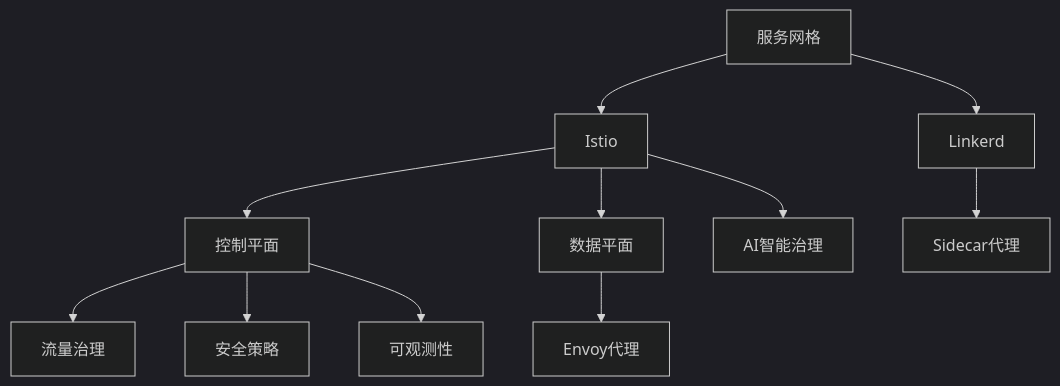
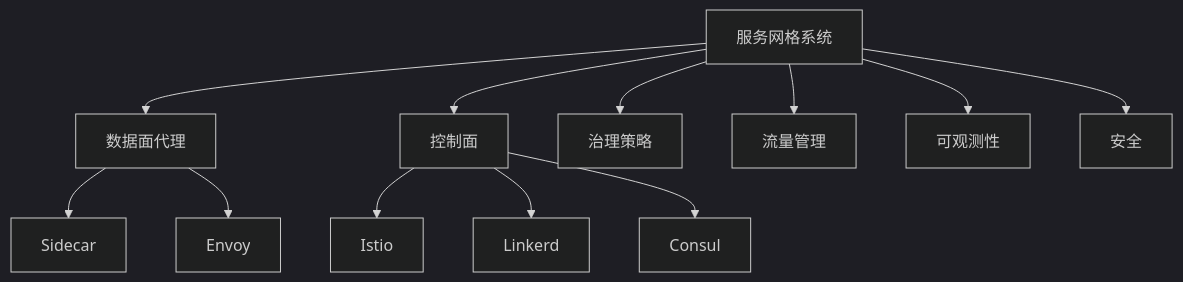
The diagram in 7.容器与微服务/7.1 知识梳理/7.1.6.2.1 服务网格与智能治理.md (AdaMartin18010/SystemOSIOT), drawn with Mermaid (dark theme) before and after one commit. The commit also changed other lines of this file and 19 other files, not shown here.

````diff
--- a/7.容器与微服务/7.1 知识梳理/7.1.6.2.1 服务网格与智能治理.md
+++ b/7.容器与微服务/7.1 知识梳理/7.1.6.2.1 服务网格与智能治理.md
@@ -42,13 +39,14 @@
 ```mermaid
-graph TD
-    A[服务网格] --> B[Istio]
-    A --> C[Linkerd]
-    B --> D[控制平面]
-    B --> E[数据平面]
-    D --> F[流量治理]
-    D --> G[安全策略]
-    D --> H[可观测性]
-    E --> I[Envoy代理]
-    C --> J[Sidecar代理]
-    B --> K[AI智能治理]
+graph TD;
+  ServiceMesh[服务网格系统] --> Proxy[数据面代理];
+  ServiceMesh --> ControlPlane[控制面];
+  ServiceMesh --> Policy[治理策略];
+  ServiceMesh --> Traffic[流量管理];
+  ServiceMesh --> Observability[可观测性];
+  ServiceMesh --> Security[安全];
+  Proxy --> Sidecar[Sidecar];
+  Proxy --> Envoy[Envoy];
+  ControlPlane --> Istio[Istio];
+  ControlPlane --> Linkerd[Linkerd];
+  ControlPlane --> Consul[Consul];
 ```
````
